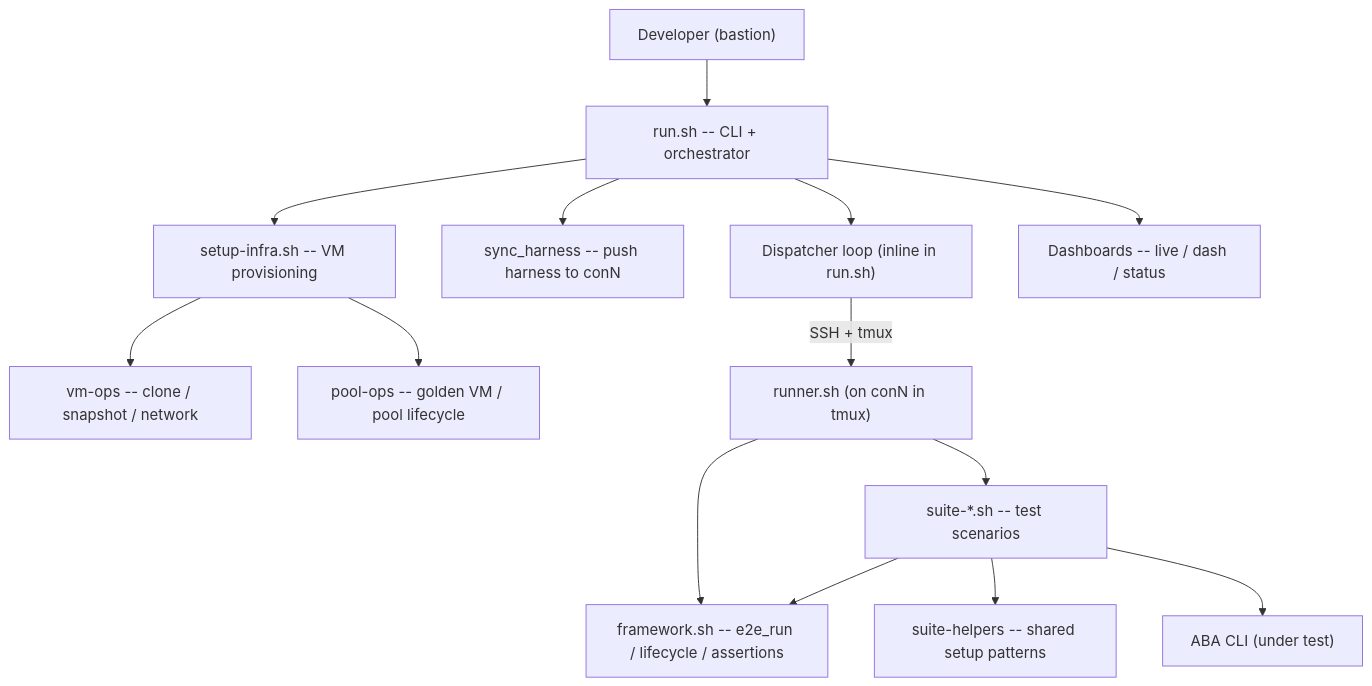
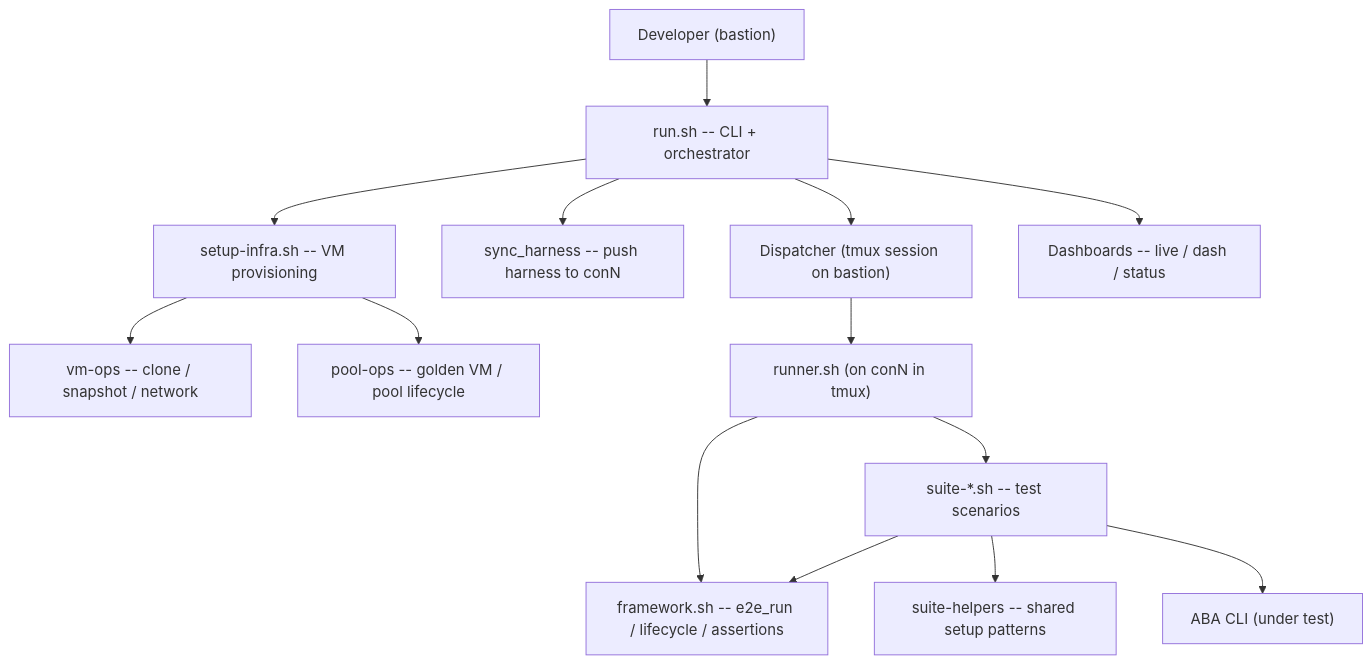
The first of 3 diagrams in test/e2e/v2/dev/SPEC.md (sjbylo/aba), drawn with Mermaid before and after one commit. The commit also changed other lines of this file, not shown here.

````diff
--- a/test/e2e/v2/dev/SPEC.md
+++ b/test/e2e/v2/dev/SPEC.md
@@ -265,18 +252,18 @@
 ```mermaid
 flowchart TD
     Dev["Developer (bastion)"] --> RunSh["run.sh -- CLI + orchestrator"]
     RunSh --> InfraSh["setup-infra.sh -- VM provisioning"]
     RunSh --> Deploy["sync_harness -- push harness to conN"]
-    RunSh --> DispLoop["Dispatcher loop (inline in run.sh)"]
+    RunSh --> TmuxDisp["Dispatcher (tmux session on bastion)"]
     RunSh --> UI["Dashboards -- live / dash / status"]
 
     InfraSh --> VMOps["vm-ops -- clone / snapshot / network"]
     InfraSh --> PoolOps["pool-ops -- golden VM / pool lifecycle"]
 
-    DispLoop -->|"SSH + tmux"| Runner["runner.sh (on conN in tmux)"]
+    TmuxDisp --> Runner["runner.sh (on conN in tmux)"]
     Runner --> Framework["framework.sh -- e2e_run / lifecycle / assertions"]
     Runner --> Suite["suite-*.sh -- test scenarios"]
     Suite --> Framework
     Suite --> SuiteHelpers["suite-helpers -- shared setup patterns"]
     Suite --> ABA["ABA CLI (under test)"]
 ```
````
